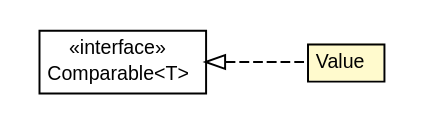
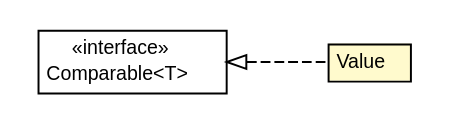
The diagram in javadoc/apidocs/org/turbogwt/net/http/client/header/QualityFactorHeader.Value.dot (growbit/turbogwt-http), drawn with Graphviz before and after one commit. The commit also changed 463 other files, not shown here.

```diff
--- a/javadoc/apidocs/org/turbogwt/net/http/client/header/QualityFactorHeader.Value.dot
+++ b/javadoc/apidocs/org/turbogwt/net/http/client/header/QualityFactorHeader.Value.dot
@@ -1,28 +1,28 @@
 #!/usr/local/bin/dot
 #
 # Class diagram 
 # Generated by UMLGraph version R5_6-24-gf6e263 (http://www.umlgraph.org/)
 #
 
 digraph G {
-	edge [fontname="arial",fontsize=10,labelfontname="arial",labelfontsize=10];
-	node [fontname="arial",fontsize=10,shape=plaintext];
+	edge [fontname="Helvetica",fontsize=10,labelfontname="Helvetica",labelfontsize=10];
+	node [fontname="Helvetica",fontsize=10,shape=plaintext];
 	nodesep=0.25;
 	ranksep=0.5;
 	rankdir=LR;
 	// org.turbogwt.net.http.client.header.QualityFactorHeader.Value
-	c2270 [label=<<table title="org.turbogwt.net.http.client.header.QualityFactorHeader.Value" border="0" cellborder="1" cellspacing="0" cellpadding="2" port="p" bgcolor="lemonChiffon" href="./QualityFactorHeader.Value.html">
+	c3032 [label=<<table title="org.turbogwt.net.http.client.header.QualityFactorHeader.Value" border="0" cellborder="1" cellspacing="0" cellpadding="2" port="p" bgcolor="lemonChiffon" href="./QualityFactorHeader.Value.html">
 		<tr><td><table border="0" cellspacing="0" cellpadding="1">
 <tr><td align="center" balign="center"> Value </td></tr>
 		</table></td></tr>
-		</table>>, URL="./QualityFactorHeader.Value.html", fontname="arial", fontcolor="black", fontsize=10.0];
+		</table>>, URL="./QualityFactorHeader.Value.html", fontname="Helvetica", fontcolor="black", fontsize=10.0];
 	//org.turbogwt.net.http.client.header.QualityFactorHeader.Value implements java.lang.Comparable<T>
-	c2296:p -> c2270:p [dir=back,arrowtail=empty,style=dashed];
+	c3072:p -> c3032:p [dir=back,arrowtail=empty,style=dashed];
 	// java.lang.Comparable<T>
-	c2296 [label=<<table title="java.lang.Comparable" border="0" cellborder="1" cellspacing="0" cellpadding="2" port="p" href="http://download.oracle.com/javase/7/docs/api/java/lang/Comparable.html">
+	c3072 [label=<<table title="java.lang.Comparable" border="0" cellborder="1" cellspacing="0" cellpadding="2" port="p" href="http://download.oracle.com/javase/7/docs/api/java/lang/Comparable.html">
 		<tr><td><table border="0" cellspacing="0" cellpadding="1">
 <tr><td align="center" balign="center"> &#171;interface&#187; </td></tr>
 <tr><td align="center" balign="center"> Comparable&lt;T&gt; </td></tr>
 		</table></td></tr>
-		</table>>, URL="http://download.oracle.com/javase/7/docs/api/java/lang/Comparable.html", fontname="arial", fontcolor="black", fontsize=10.0];
+		</table>>, URL="http://download.oracle.com/javase/7/docs/api/java/lang/Comparable.html", fontname="Helvetica", fontcolor="black", fontsize=10.0];
 }
```
